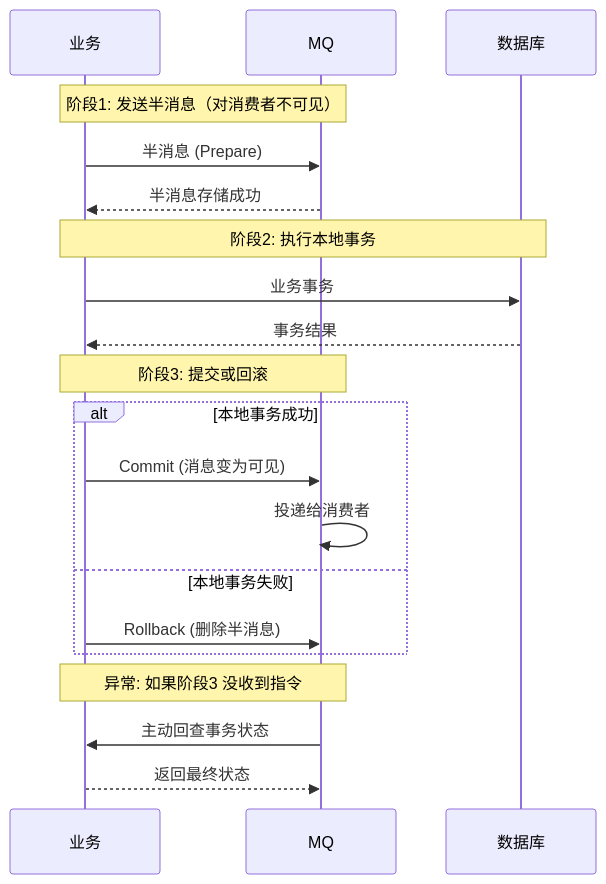
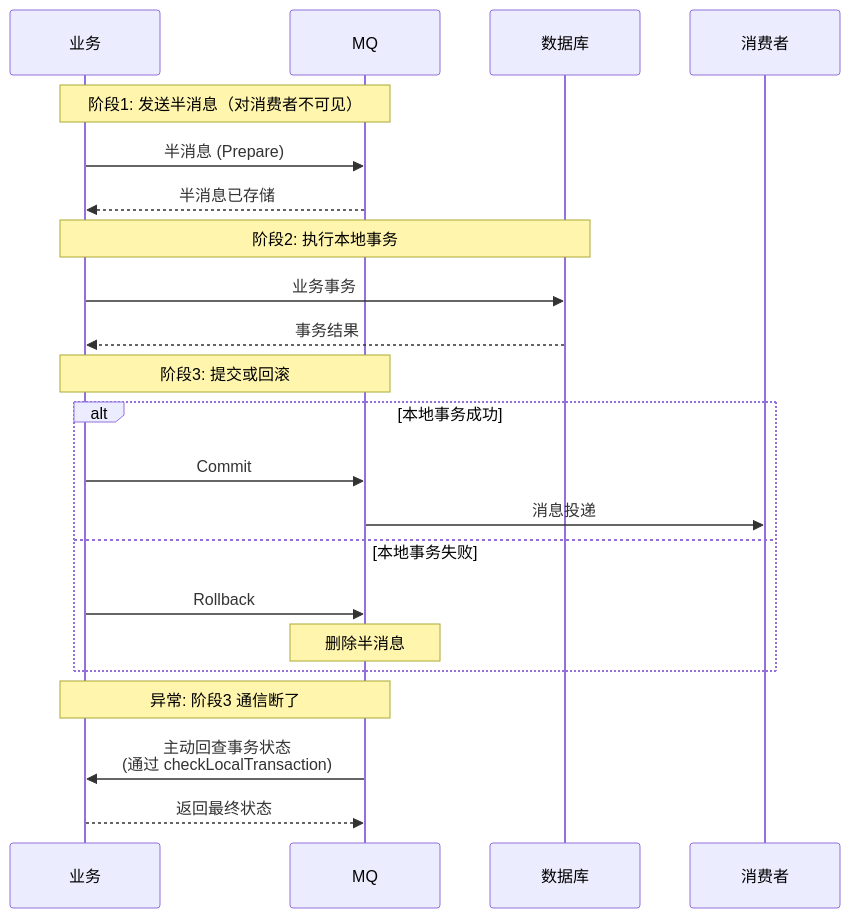
Before and after one commit to chongyang211/YCBookBlog: the seventh of 12 diagrams in docs/10.真经/05.方案设计思想/08.消息队列方案选型.md, drawn with Mermaid. The commit also changed other lines of this file and 36 other files, not shown here.

````diff
--- a/docs/10.真经/05.方案设计思想/08.消息队列方案选型.md
+++ b/docs/10.真经/05.方案设计思想/08.消息队列方案选型.md
@@ -453,26 +670,28 @@
 ```mermaid
 sequenceDiagram
     participant App as 业务
     participant MQ as MQ
     participant DB as 数据库
+    participant Consumer as 消费者
     
     Note over App,MQ: 阶段1: 发送半消息（对消费者不可见）
     App->>MQ: 半消息 (Prepare)
-    MQ-->>App: 半消息存储成功
+    MQ-->>App: 半消息已存储
     
     Note over App,DB: 阶段2: 执行本地事务
     App->>DB: 业务事务
     DB-->>App: 事务结果
     
     Note over App,MQ: 阶段3: 提交或回滚
     alt 本地事务成功
-        App->>MQ: Commit (消息变为可见)
-        MQ->>MQ: 投递给消费者
+        App->>MQ: Commit
+        MQ->>Consumer: 消息投递
     else 本地事务失败
-        App->>MQ: Rollback (删除半消息)
+        App->>MQ: Rollback
+        Note over MQ: 删除半消息
     end
     
-    Note over MQ,App: 异常: 如果阶段3 没收到指令
-    MQ->>App: 主动回查事务状态
+    Note over MQ,App: 异常: 阶段3 通信断了
+    MQ->>App: 主动回查事务状态<br/>(通过 checkLocalTransaction)
     App-->>MQ: 返回最终状态
 ```
````
